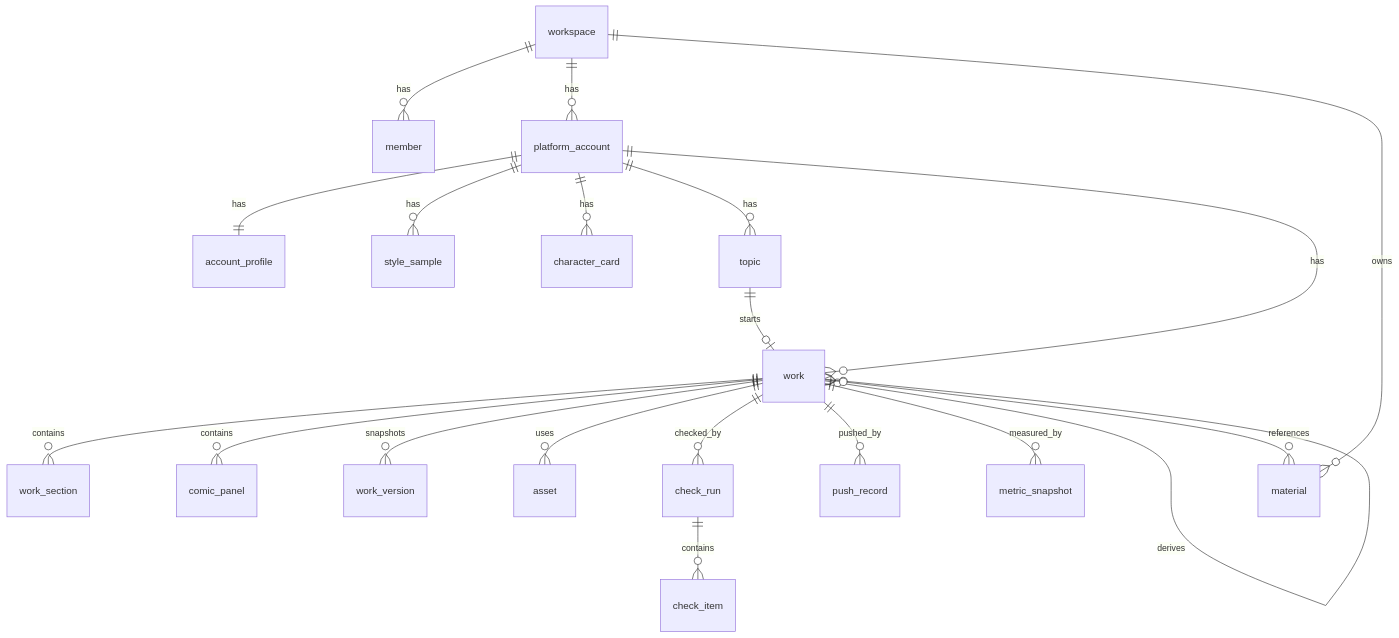
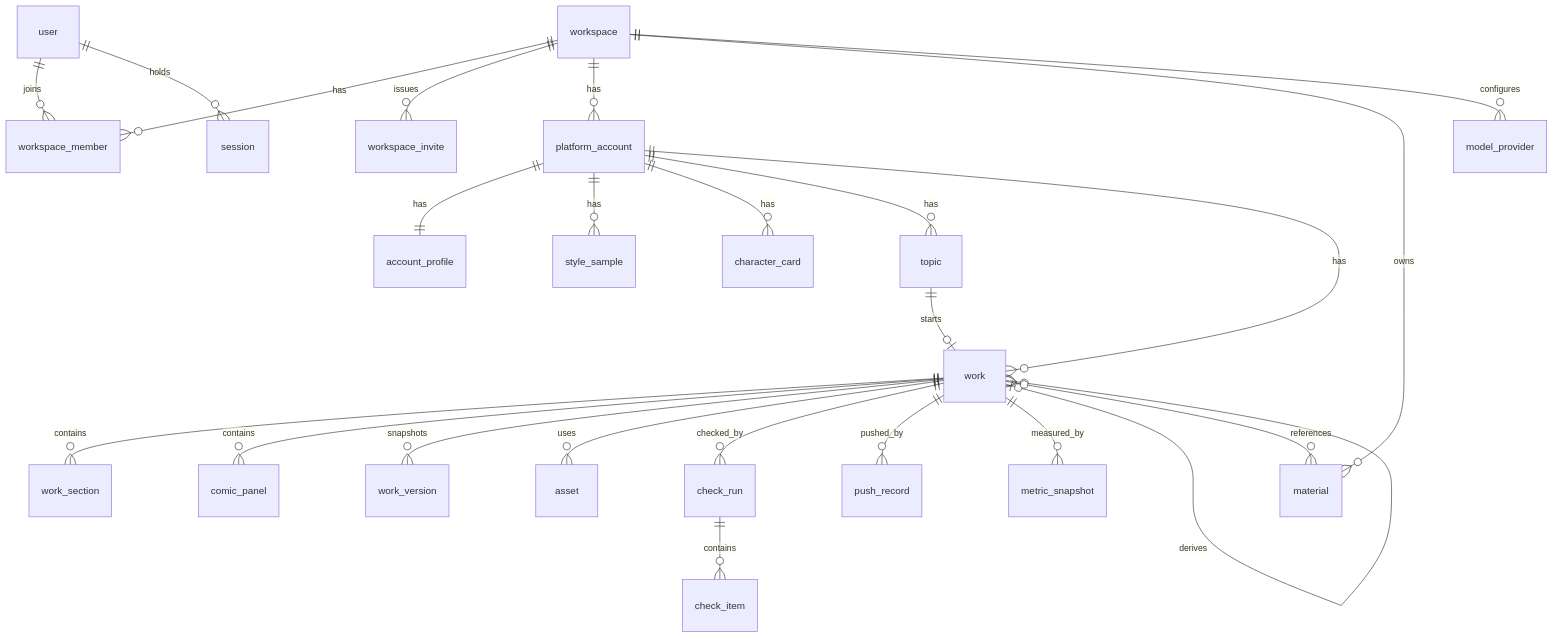
One commit to Siblingsl/ops changed the second of 3 diagrams in docs/06-数据与技术架构.md. Above: the diagram before and after it, drawn with Mermaid. The commit also changed other lines of this file and 29 other files, not shown here.

````diff
--- a/docs/06-数据与技术架构.md
+++ b/docs/06-数据与技术架构.md
@@ -107,22 +108,26 @@
 ```mermaid
 erDiagram
-  workspace ||--o{ member : has
+  user ||--o{ workspace_member : joins
+  workspace ||--o{ workspace_member : has
+  workspace ||--o{ workspace_invite : issues
   workspace ||--o{ platform_account : has
   workspace ||--o{ material : owns
+  workspace ||--o{ model_provider : configures
+  user ||--o{ session : holds
   platform_account ||--|| account_profile : has
   platform_account ||--o{ style_sample : has
   platform_account ||--o{ character_card : has
   platform_account ||--o{ topic : has
   platform_account ||--o{ work : has
   topic ||--o| work : starts
   work ||--o{ work_section : contains
   work ||--o{ comic_panel : contains
   work ||--o{ work_version : snapshots
   work ||--o{ asset : uses
   work ||--o{ check_run : checked_by
   check_run ||--o{ check_item : contains
   work ||--o{ push_record : pushed_by
   work ||--o{ metric_snapshot : measured_by
   work |o--o{ work : derives
   work }o--o{ material : references
 ```
````
